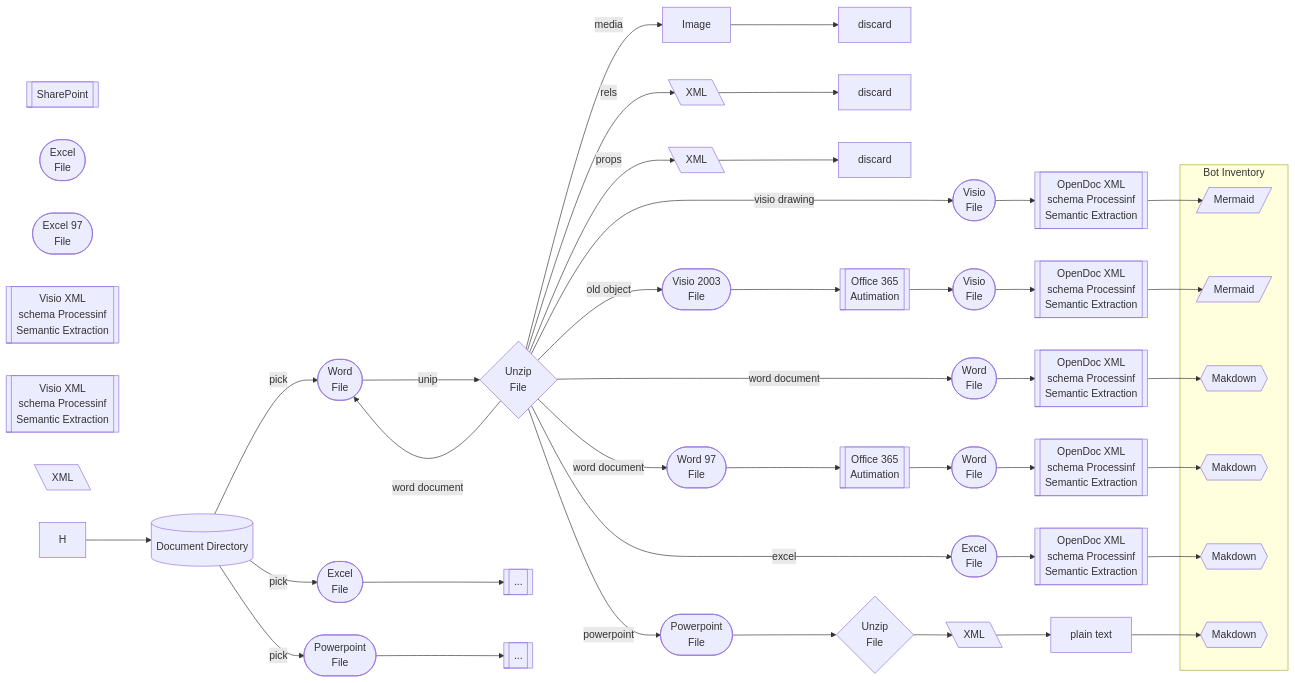
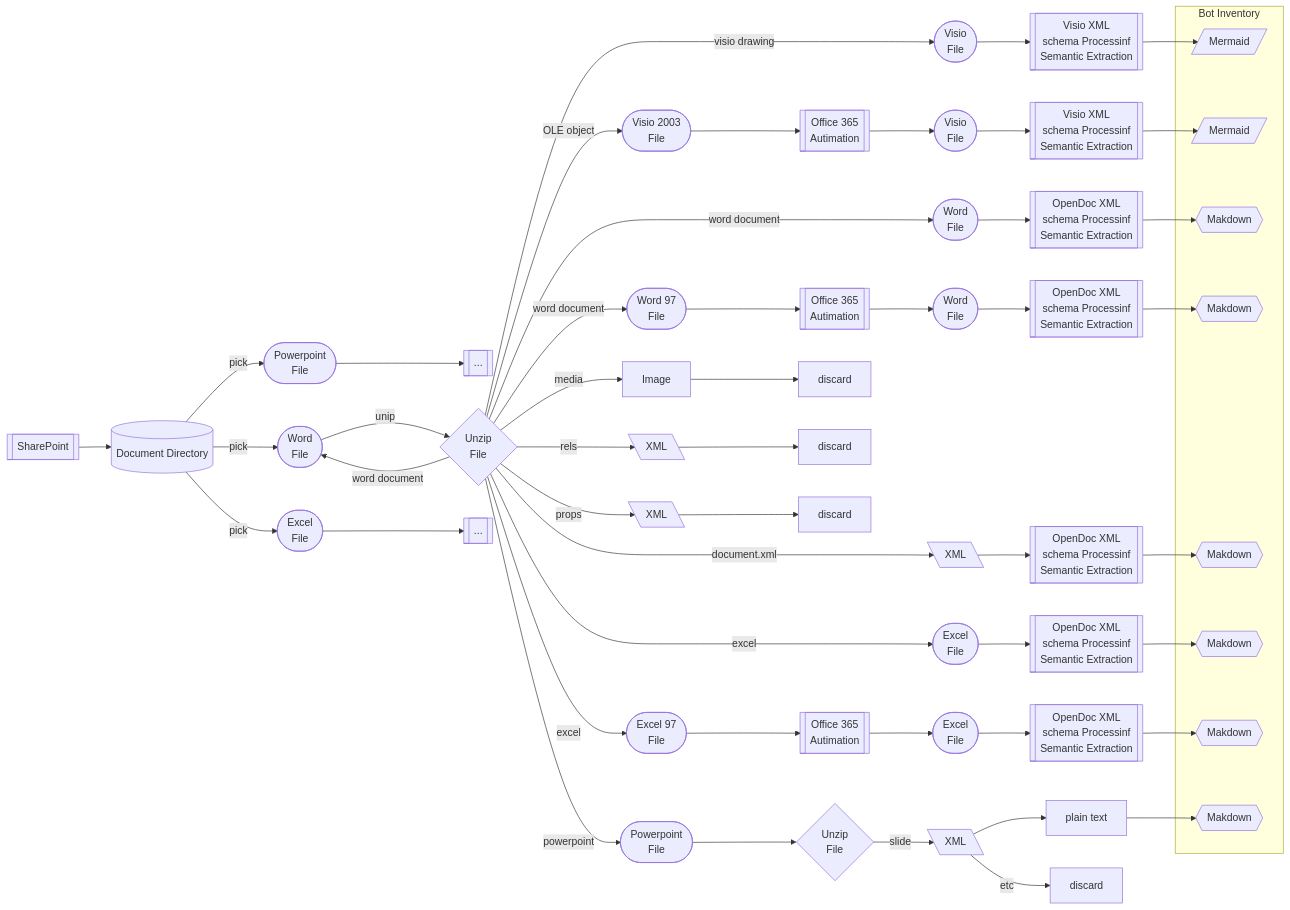
Before and after one commit to sergueik/powershell_samples: the diagram in csharp/basic-budget-searcher/process.mermaid, drawn with Mermaid. The commit also changed 4 other files, not shown here.

```diff
--- a/csharp/basic-budget-searcher/process.mermaid
+++ b/csharp/basic-budget-searcher/process.mermaid
@@ -1,67 +1,75 @@
 flowchart LR
 H1[[SharePoint]]
 Downloads[("Document Directory")]
 W1(["Word<br/>File"])
 W2(["Word<br/>File"])
 W3(["Word 97<br/>File"])
 W4(["Word<br/>File"])
 P1(["Powerpoint<br/>File"])
 P2(["Powerpoint<br/>File"])
 E1(["Excel<br/>File"])
 E2(["Excel<br/>File"])
 E3(["Excel 97<br/>File"])
 E4(["Excel<br/>File"])
 
 V1(["Visio<br/>File"])
 V2(["Visio<br/>File"])
 V3(["Visio 2003<br/>File"])
 
 U{"Unzip<br/>File"}
 D1[discard]
 D2[discard]
 D3[discard]
+D4[discard]
+
 OA1[["Office 365<br/>Autimation"]]
 OA2[["Office 365<br/>Autimation"]]
+OA3[["Office 365<br/>Autimation"]]
 OD1[["OpenDoc XML<br/>schema Processinf<br/>Semantic Extraction"]]
 OD2[["OpenDoc XML<br/>schema Processinf<br/>Semantic Extraction"]]
 OD3[["OpenDoc XML<br/>schema Processinf<br/>Semantic Extraction"]]
 OD4[["OpenDoc XML<br/>schema Processinf<br/>Semantic Extraction"]]
 OD5[["OpenDoc XML<br/>schema Processinf<br/>Semantic Extraction"]]
 
 OV1[["Visio XML<br/>schema Processinf<br/>Semantic Extraction"]]
 OV2[["Visio XML<br/>schema Processinf<br/>Semantic Extraction"]]
 Y1[["..."]]
 Y2[["..."]]
 
 subgraph I[Bot Inventory]
 M1[/Mermaid/]
 M2[/Mermaid/]
 T1{{Makdown}}
 T2{{Makdown}}
 T3{{Makdown}}
 T4{{Makdown}}
+T5{{Makdown}}
+T6{{Makdown}}
+
 end
 X1[\XML\]
 X2[\XML\]
 X3[\XML\]
 X4[\XML\]
 I1[Image]
 F1{Unzip<br/>File}
-H--> Downloads 
+H1 --> Downloads 
 TT1[plain text]
 Downloads -- pick -->P2 --> Y2
 Downloads -- pick -->W1
 
 W1-- unip -->U
-U -- "visio drawing" --> V1 --> OD3 --> M1
-U -- "excel" --> E1 --> OD5 --> T3
-U -- "old object" --> V3 --> OA2 --> V2 --> OD4 --> M2
+U -- "visio drawing" --> V1 --> OV1 --> M1
+U -- "OLE object" --> V3 --> OA2 --> V2 --> OV2 --> M2
 U -- "word document" --> W1
 U -- "word document" --> W2 --> OD1 --> T1
 U -- "word document" --> W3 --> OA1 --> W4 --> OD2 --> T2
 U -- "media" --> I1 --> D1 
 U -- "rels" --> X1 --> D2
 U -- "props" --> X2 --> D3
-
-U -- "powerpoint" --> P1 --> F1 --> X3 --> TT1 --> T4
-Downloads -- pick -->E4 --> Y1
+U --"document.xml" --> X4 --> OD5 --> T3
+U -- "excel" --> E1 --> OD3 --> T4
+U -- "excel" --> E3 --> OA3 --> E2 --> OD4 --> T5
+U -- "powerpoint" --> P1 --> F1 --"slide"--> X3 --> TT1 --> T6
+X3 -- etc --> D4
+Downloads -- pick --> E4 --> Y1
```
